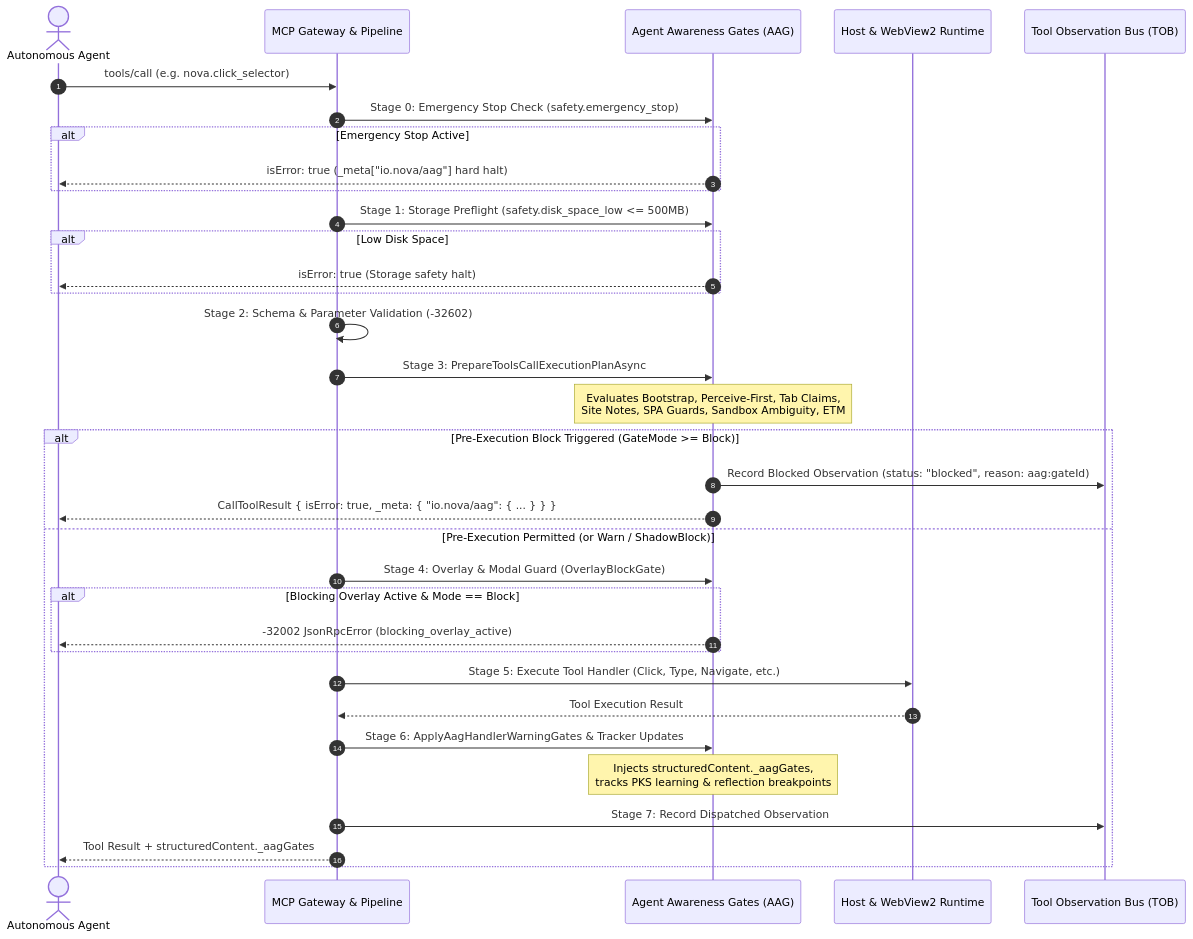
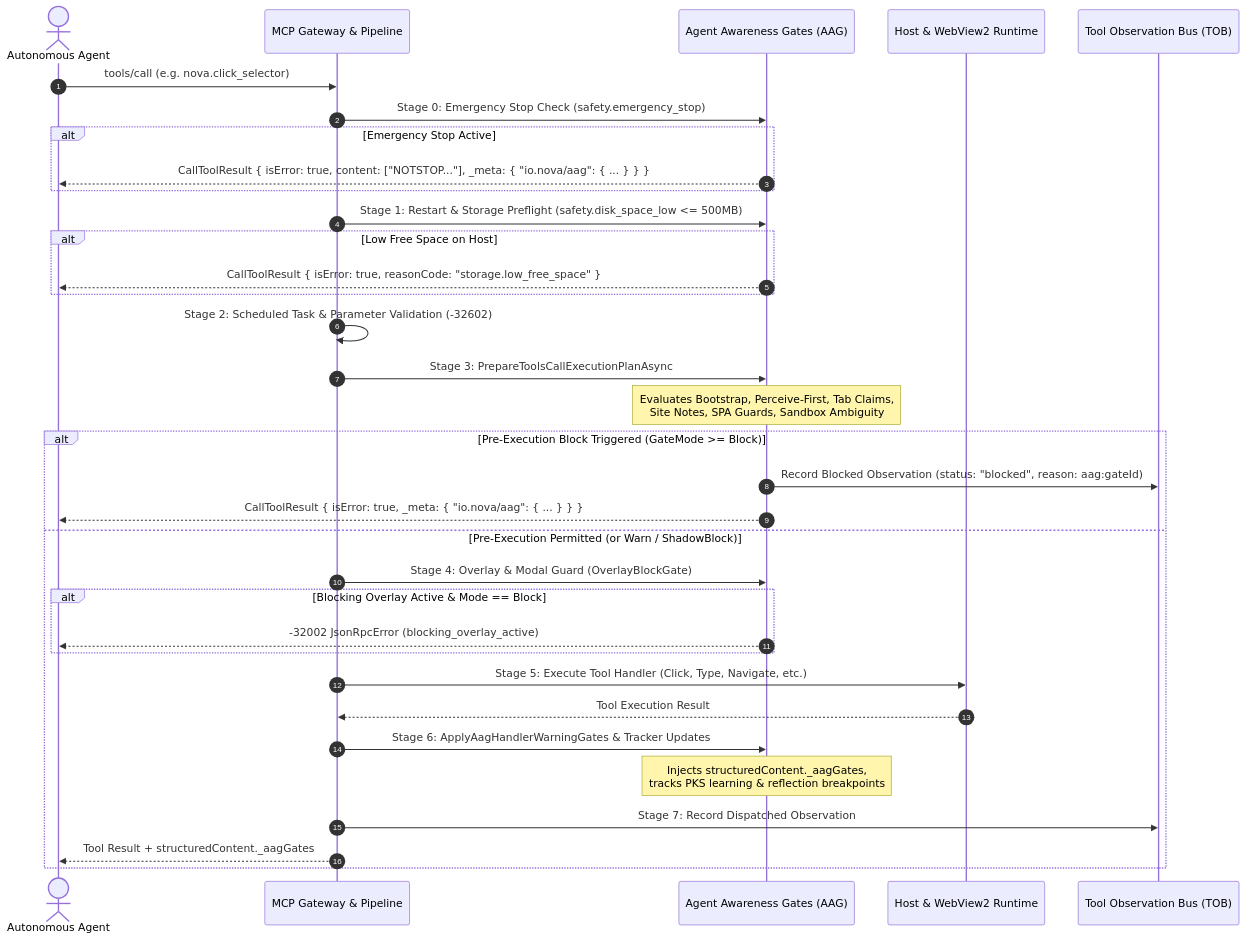
The second of 6 diagrams in docs/core-features/agent-awareness-gates-aag/README.md (joelaniol/nova), drawn with Mermaid before and after one commit. The commit also changed other lines of this file, not shown here.

Commit message:
docs(aag): refine architectural boundaries, enforcement matrix, and recovery semantics

````diff
--- a/docs/core-features/agent-awareness-gates-aag/README.md
+++ b/docs/core-features/agent-awareness-gates-aag/README.md
@@ -51,40 +91,40 @@
 ```mermaid
 sequenceDiagram
     autonumber
     actor Agent as Autonomous Agent
     participant GW as MCP Gateway & Pipeline
     participant AAG as Agent Awareness Gates (AAG)
     participant Host as Host & WebView2 Runtime
     participant TOB as Tool Observation Bus (TOB)
 
     Agent->>GW: tools/call (e.g. nova.click_selector)
     GW->>AAG: Stage 0: Emergency Stop Check (safety.emergency_stop)
     alt Emergency Stop Active
-        AAG-->>Agent: isError: true (_meta["io.nova/aag"] hard halt)
+        AAG-->>Agent: CallToolResult { isError: true, content: ["NOTSTOP..."], _meta: { "io.nova/aag": { ... } } }
     end
 
-    GW->>AAG: Stage 1: Storage Preflight (safety.disk_space_low <= 500MB)
-    alt Low Disk Space
-        AAG-->>Agent: isError: true (Storage safety halt)
+    GW->>AAG: Stage 1: Restart & Storage Preflight (safety.disk_space_low <= 500MB)
+    alt Low Free Space on Host
+        AAG-->>Agent: CallToolResult { isError: true, reasonCode: "storage.low_free_space" }
     end
 
-    GW->>GW: Stage 2: Schema & Parameter Validation (-32602)
+    GW->>GW: Stage 2: Scheduled Task & Parameter Validation (-32602)
     GW->>AAG: Stage 3: PrepareToolsCallExecutionPlanAsync
-    Note over AAG: Evaluates Bootstrap, Perceive-First, Tab Claims,<br/>Site Notes, SPA Guards, Sandbox Ambiguity, ETM
+    Note over AAG: Evaluates Bootstrap, Perceive-First, Tab Claims,<br/>Site Notes, SPA Guards, Sandbox Ambiguity
 
     alt Pre-Execution Block Triggered (GateMode >= Block)
         AAG->>TOB: Record Blocked Observation (status: "blocked", reason: aag:gateId)
         AAG-->>Agent: CallToolResult { isError: true, _meta: { "io.nova/aag": { ... } } }
     else Pre-Execution Permitted (or Warn / ShadowBlock)
         GW->>AAG: Stage 4: Overlay & Modal Guard (OverlayBlockGate)
         alt Blocking Overlay Active & Mode == Block
             AAG-->>Agent: -32002 JsonRpcError (blocking_overlay_active)
         end
         GW->>Host: Stage 5: Execute Tool Handler (Click, Type, Navigate, etc.)
         Host-->>GW: Tool Execution Result
         GW->>AAG: Stage 6: ApplyAagHandlerWarningGates & Tracker Updates
         Note over AAG: Injects structuredContent._aagGates,<br/>tracks PKS learning & reflection breakpoints
         GW->>TOB: Stage 7: Record Dispatched Observation
         GW-->>Agent: Tool Result + structuredContent._aagGates
     end
 ```
````
